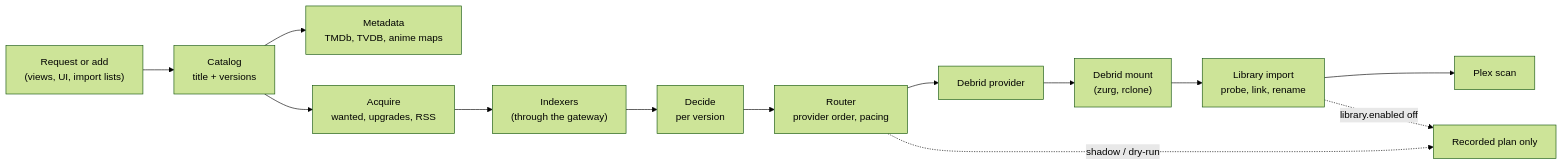
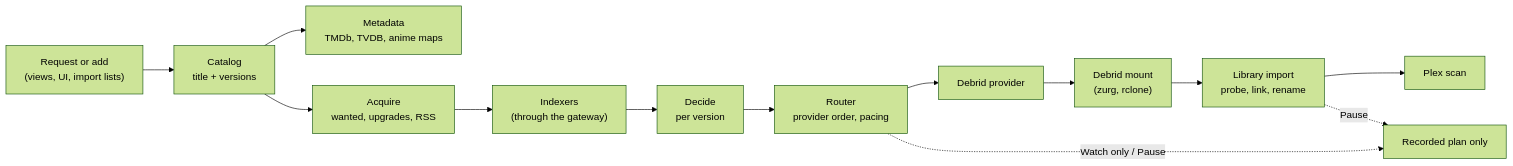
One commit to theatarr/theatarr changed the diagram in docs/design/overview.md. Above: the diagram before and after it, drawn with Mermaid (forest theme). The commit also changed other lines of this file and 7 other files, not shown here.

````diff
--- a/docs/design/overview.md
+++ b/docs/design/overview.md
@@ -32,15 +32,15 @@
 ```mermaid
 flowchart LR
   req["Request or add<br/>(views, UI, import lists)"] --> cat["Catalog<br/>title + versions"]
   cat --> meta["Metadata<br/>TMDb, TVDB, anime maps"]
   cat --> acq["Acquire<br/>wanted, upgrades, RSS"]
   acq --> idx["Indexers<br/>(through the gateway)"]
   idx --> dec["Decide<br/>per version"]
   dec --> rt["Router<br/>provider order, pacing"]
   rt --> prov["Debrid provider"]
   prov --> mount["Debrid mount<br/>(zurg, rclone)"]
   mount --> lib["Library import<br/>probe, link, rename"]
   lib --> plex["Plex scan"]
-  rt -. "shadow / dry-run" .-> rec["Recorded plan only"]
-  lib -. "library.enabled off" .-> rec
+  rt -. "Watch only / Pause" .-> rec["Recorded plan only"]
+  lib -. "Pause" .-> rec
 ```
````
